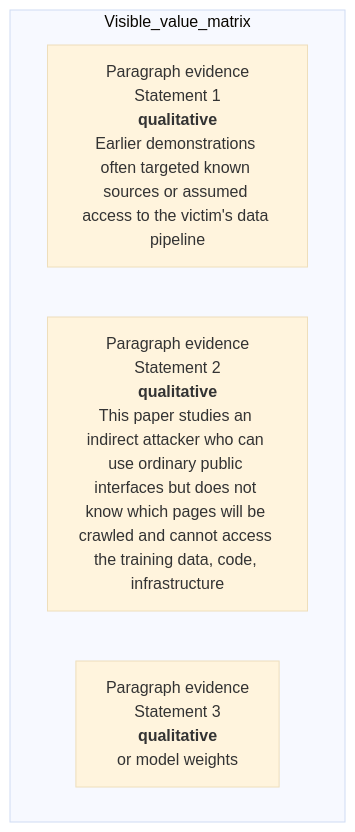
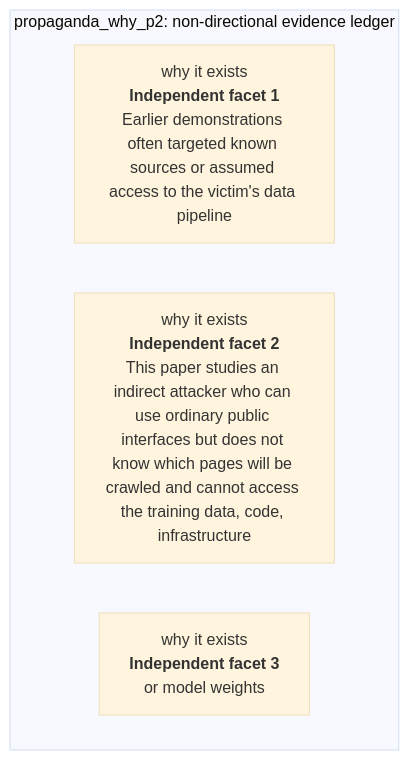
Before and after one commit to Betancourt1/paper_atlas: the fifth of 48 diagrams in docs/visual-manifests/VISUAL_MANIFEST_COMPUTATIONAL_PROPAGANDA.md, drawn with Mermaid (base theme). The commit also changed other lines of this file and 7 other files, not shown here.

````diff
--- a/docs/visual-manifests/VISUAL_MANIFEST_COMPUTATIONAL_PROPAGANDA.md
+++ b/docs/visual-manifests/VISUAL_MANIFEST_COMPUTATIONAL_PROPAGANDA.md
@@ -370,8 +373,8 @@
 ```mermaid
 flowchart TB
-  subgraph Visible_value_matrix
-    r1["Paragraph evidence<br/>Statement 1<br/><b>qualitative</b><br/>Earlier demonstrations often targeted known sources or assumed access to the victim's data pipeline"]
-    r2["Paragraph evidence<br/>Statement 2<br/><b>qualitative</b><br/>This paper studies an indirect attacker who can use ordinary public interfaces but does not know which pages will be crawled and cannot access the training data, code, infrastructure"]
-    r3["Paragraph evidence<br/>Statement 3<br/><b>qualitative</b><br/>or model weights"]
+  subgraph Ledger["propaganda_why_p2: non-directional evidence ledger"]
+    r1["why it exists<br/><b>Independent facet 1</b><br/>Earlier demonstrations often targeted known sources or assumed access to the victim's data pipeline"]
+    r2["why it exists<br/><b>Independent facet 2</b><br/>This paper studies an indirect attacker who can use ordinary public interfaces but does not know which pages will be crawled and cannot access the training data, code, infrastructure"]
+    r3["why it exists<br/><b>Independent facet 3</b><br/>or model weights"]
   end
 ```
````
